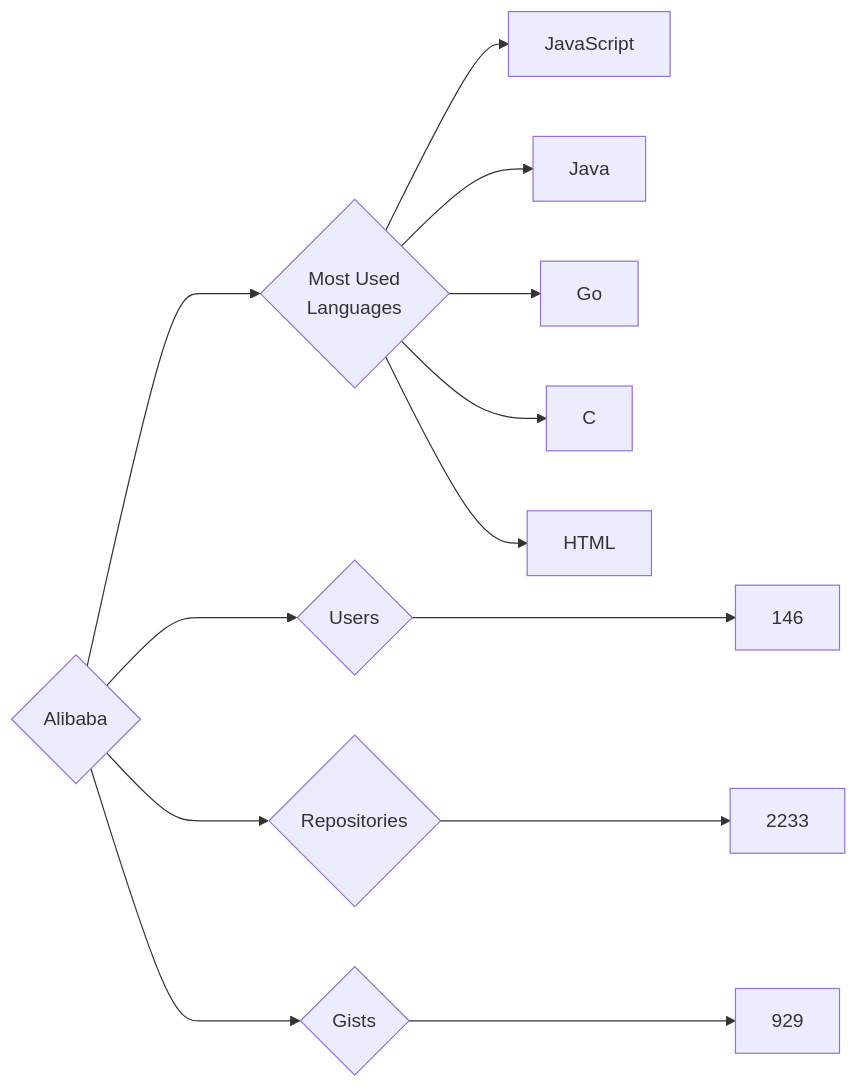
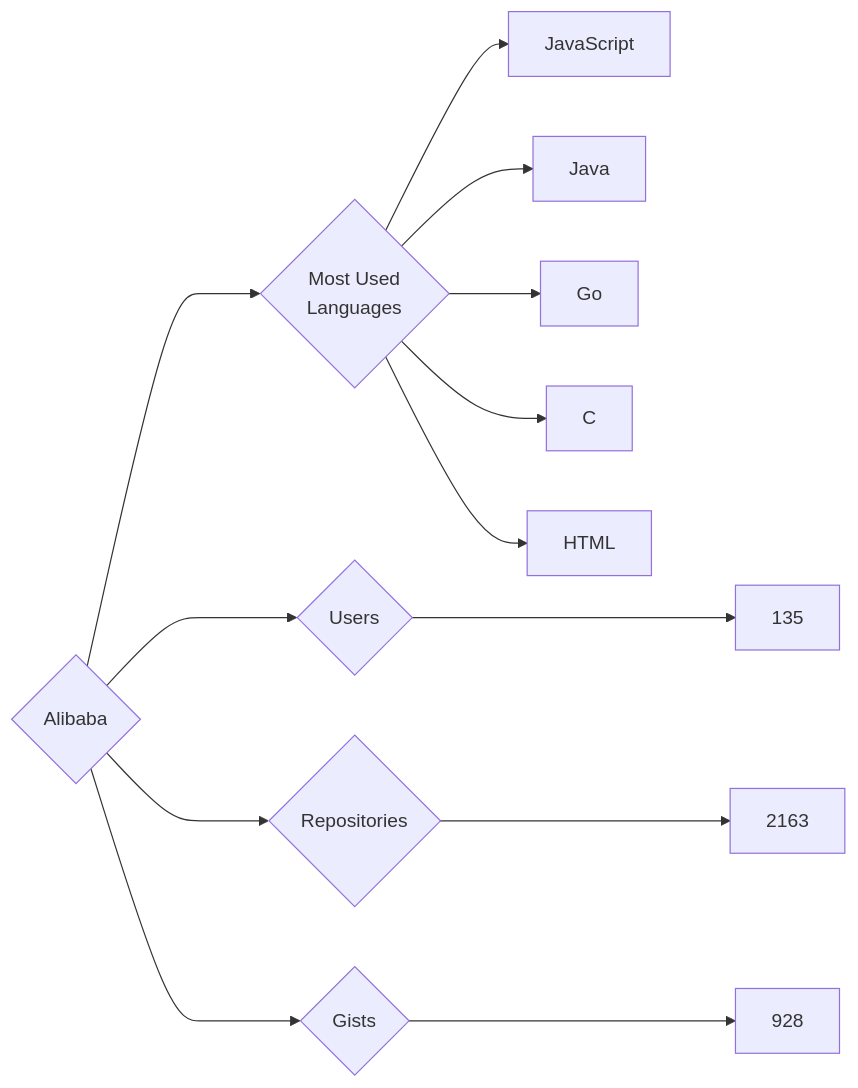
Before and after one commit to trickest/insiders: the diagram in targets/Alibaba/README.md, drawn with Mermaid. The commit also changed 826 other files, not shown here.

````diff
--- a/targets/Alibaba/README.md
+++ b/targets/Alibaba/README.md
@@ -3,13 +3,13 @@
 ```mermaid
 graph LR
 COMPANY_NAME{Alibaba}
-COMPANY_NAME ---> U{Users} ---> UN[146]
-COMPANY_NAME ---> R{Repositories} ---> RN[2233]
-COMPANY_NAME ---> G{Gists} ---> GN[929]
+COMPANY_NAME ---> U{Users} ---> UN[135]
+COMPANY_NAME ---> R{Repositories} ---> RN[2163]
+COMPANY_NAME ---> G{Gists} ---> GN[928]
 COMPANY_NAME ---> ML{Most Used<br>Languages}
 ML --> JavaScript[JavaScript]
 ML --> Java[Java]
 ML --> Go[Go]
 ML --> C[C]
 ML --> HTML[HTML]
 ```
````
